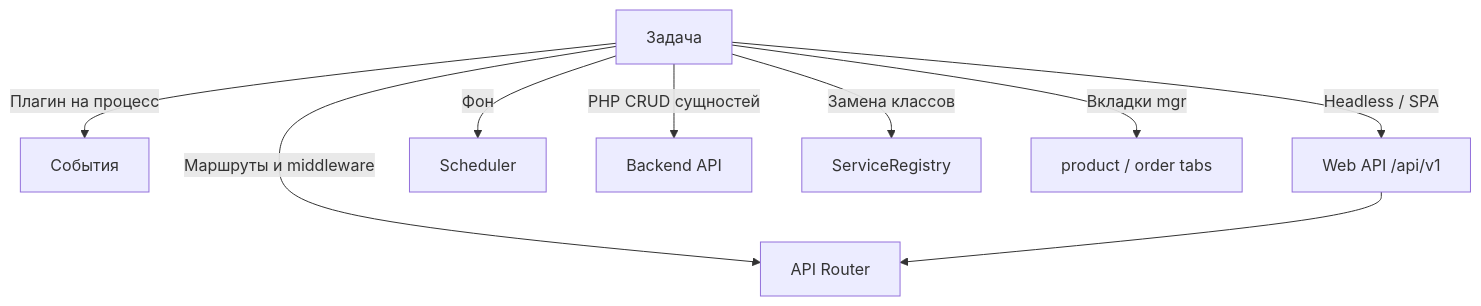
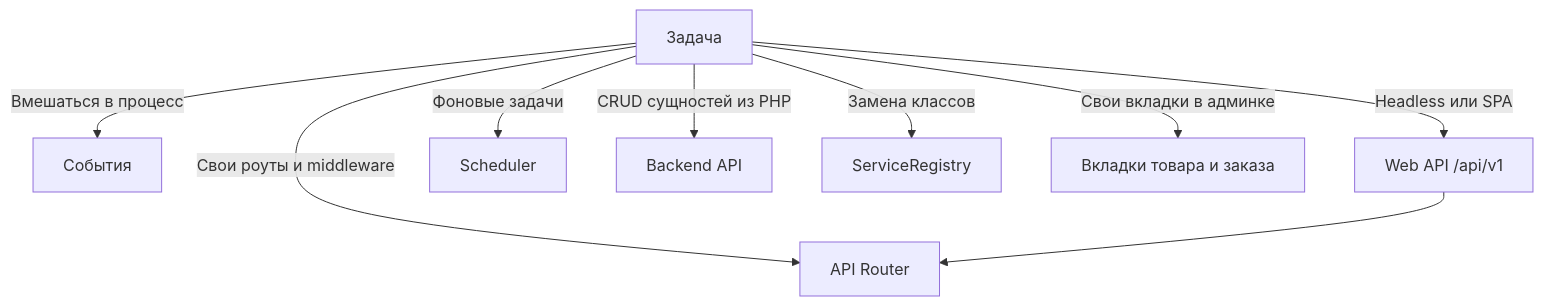
Before and after one commit to modx-pro/Docs: the first of 2 diagrams in docs/components/minishop3/development/index.md, drawn with Mermaid. The commit also changed other lines of this file and 9 other files, not shown here.

````diff
--- a/docs/components/minishop3/development/index.md
+++ b/docs/components/minishop3/development/index.md
@@ -6,12 +6,12 @@
 ```mermaid
 flowchart TB
   need[Задача]
-  need -->|Плагин на процесс| events[События]
-  need -->|Headless / SPA| webapi[Web API /api/v1]
-  need -->|Маршруты и middleware| router[API Router]
-  need -->|Фон| scheduler[Scheduler]
-  need -->|PHP CRUD сущностей| backend[Backend API]
+  need -->|Вмешаться в процесс| events[События]
+  need -->|Headless или SPA| webapi[Web API /api/v1]
+  need -->|Свои роуты и middleware| router[API Router]
+  need -->|Фоновые задачи| scheduler[Scheduler]
+  need -->|CRUD сущностей из PHP| backend[Backend API]
   need -->|Замена классов| services[ServiceRegistry]
-  need -->|Вкладки mgr| tabs[product / order tabs]
+  need -->|Свои вкладки в админке| tabs["Вкладки товара и заказа"]
   webapi --> router
 ```
````
